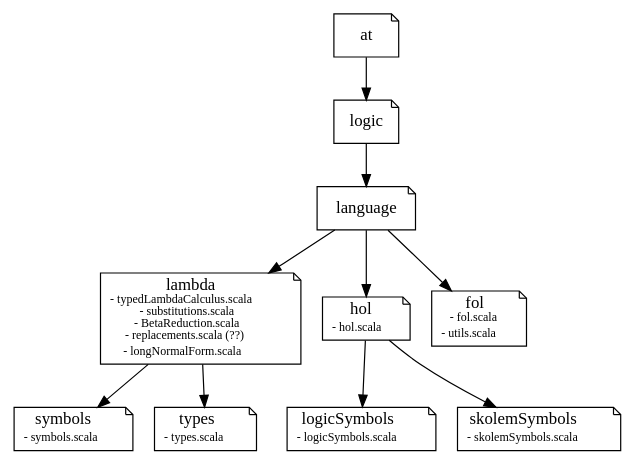
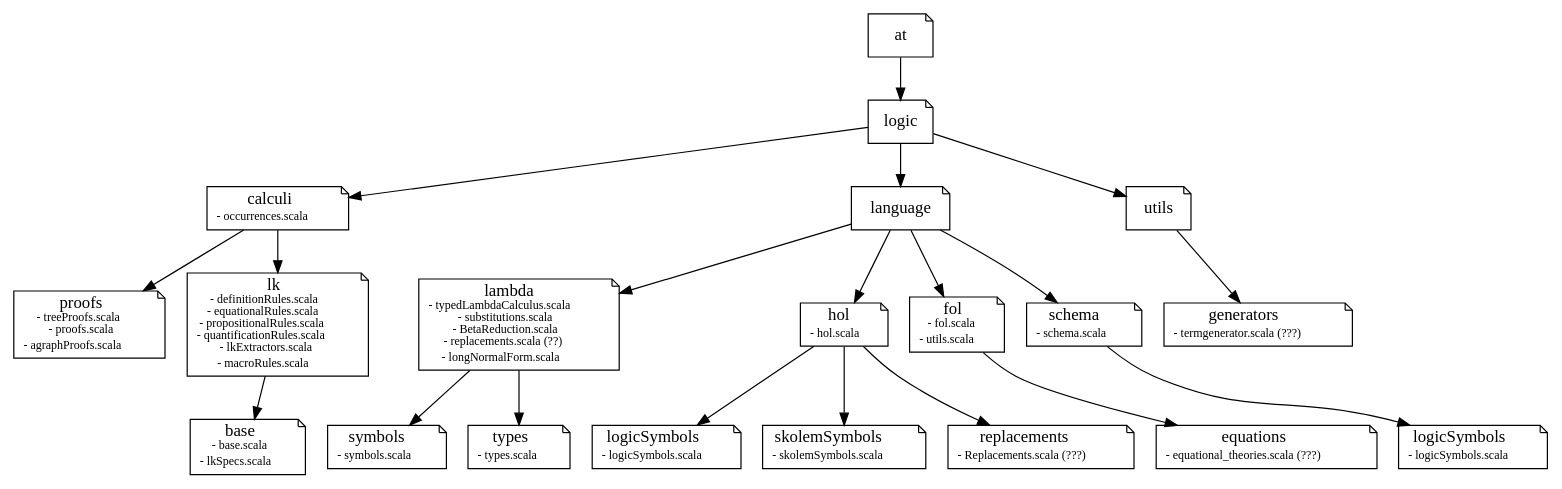
One commit to mschlaipfer/gapt changed the diagram in doc/packages.gv. Above: the diagram before and after it, drawn with Graphviz. The commit also changed 21 other files, not shown here.

```diff
--- a/doc/packages.gv
+++ b/doc/packages.gv
@@ -1,18 +1,37 @@
 # Command: dot packages.gv -Tpng > packages.png
 
 digraph G {
   node [shape=note];
   lambda [label=< lambda<br/><font point-size="10pt">- typedLambdaCalculus.scala<br/>- substitutions.scala<br/>- BetaReduction.scala<br/>- replacements.scala (??)<br/>- longNormalForm.scala</font> >]
   symbols [label=< symbols<br/><font point-size="10pt">- symbols.scala</font> >]
   types [label=< types<br/><font point-size="10pt">- types.scala</font> >]
   hol [label=< hol<br/><font point-size="10pt">- hol.scala</font> >]
   logicSymbols [label=< logicSymbols<br/><font point-size="10pt">- logicSymbols.scala</font> >]
   skolemSymbols [label=< skolemSymbols<br/><font point-size="10pt">- skolemSymbols.scala</font> >]
+  replacements [label=< replacements<br/><font point-size="10pt">- Replacements.scala (???)</font> >]
   fol [label=< fol<br/><font point-size="10pt">- fol.scala<br/>- utils.scala</font> >]
+  equations [label=< equations<br/><font point-size="10pt">- equational_theories.scala (???)</font> >]
+  schema [label=< schema<br/><font point-size="10pt">- schema.scala</font> >]
+  logicSymbols_schema [label=< logicSymbols<br/><font point-size="10pt">- logicSymbols.scala</font> >]
+  generators [label=< generators<br/><font point-size="10pt">- termgenerator.scala (???)</font> >]
+  calculi [label=< calculi<br/><font point-size="10pt">- occurrences.scala</font> >]
+  proofs [label=< proofs<br/><font point-size="10pt">- treeProofs.scala<br/>- proofs.scala<br/>- agraphProofs.scala</font> >]
+  lk [label=< lk<br/><font point-size="10pt">- definitionRules.scala<br/>- equationalRules.scala<br/>- propositionalRules.scala<br/>- quantificationRules.scala<br/>- lkExtractors.scala<br/>- macroRules.scala</font> >]
+  base [label=< base<br/><font point-size="10pt">- base.scala<br/>- lkSpecs.scala</font> >]
   at -> logic -> language -> lambda -> symbols;
   lambda -> types;
   language -> hol;
   hol -> logicSymbols;
   hol -> skolemSymbols;
+  hol -> replacements;
   language -> fol;
+  fol -> equations;
+  language -> schema;
+  schema -> logicSymbols_schema;
+  logic -> utils;
+  utils -> generators;
+  logic -> calculi;
+  calculi -> proofs;
+  calculi -> lk;
+  lk -> base;
 }
```
